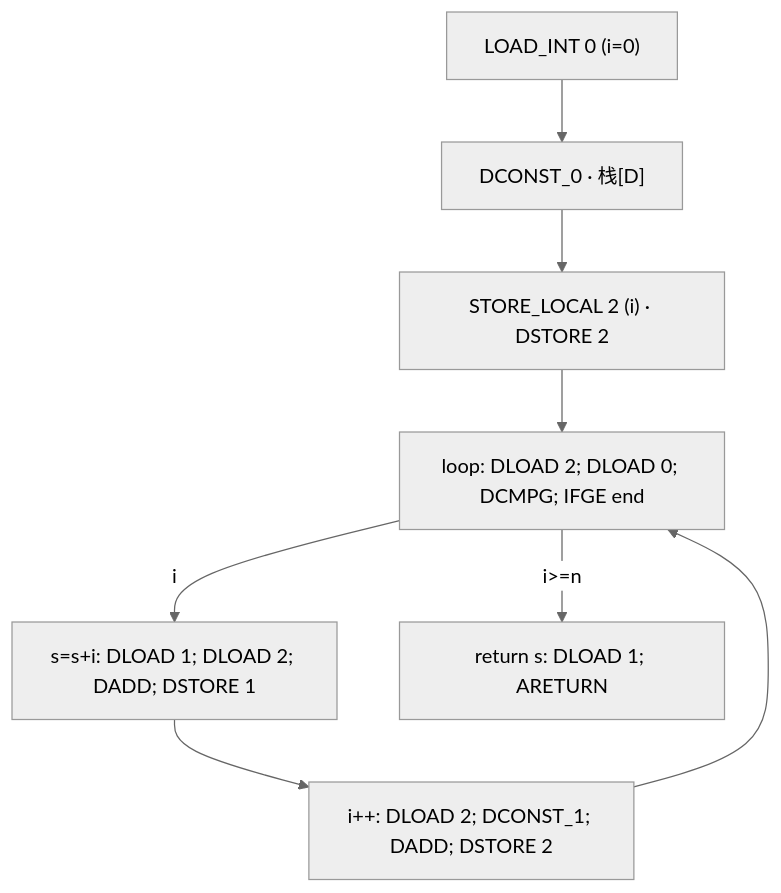
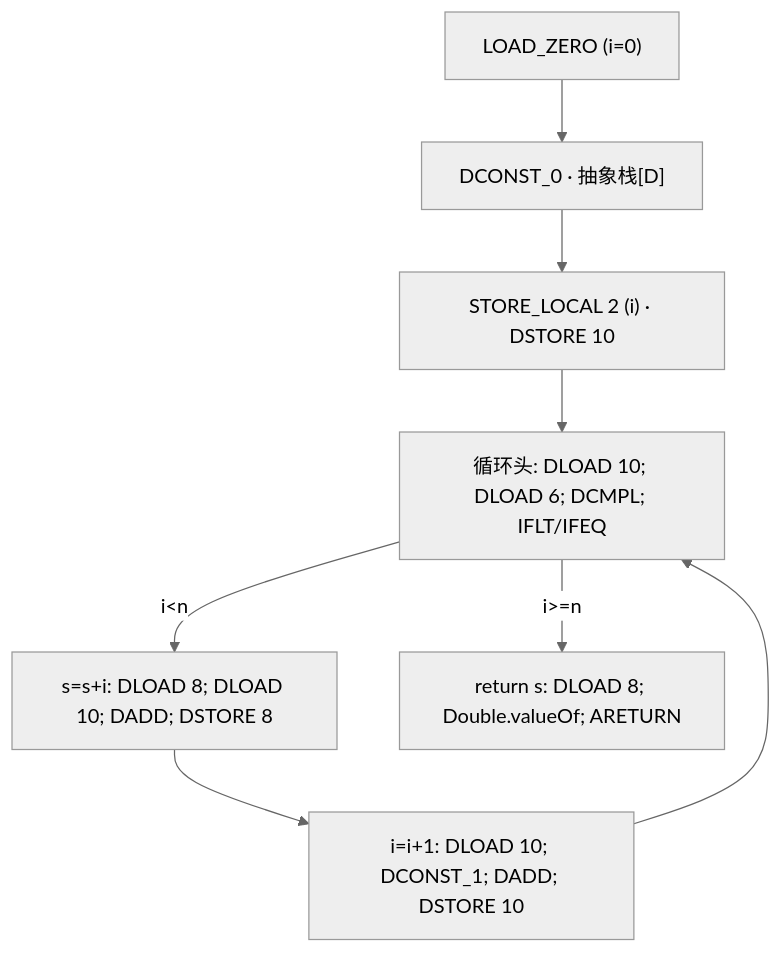
One commit to xiaoxia1992/jsk changed the second of 2 diagrams in docs/08-jit.md. Above: the diagram before and after it, drawn with Mermaid (neutral theme). The commit also changed other lines of this file, not shown here.

Commit message:
docs(jit): 重写 2.4 sum 示例为零基础可读的三层逐行拆解（JVM 指令小词典/槽位从6起/栈演算表），并修正 JVM 槽号、DCMPL、DUP2-POP2、返回值装箱等事实错误

````diff
--- a/docs/08-jit.md
+++ b/docs/08-jit.md
@@ -297,10 +456,10 @@
 ```mermaid
 flowchart TD
-    A["LOAD_INT 0 (i=0)"] --> B["DCONST_0 · 栈[D]"]
-    B --> C["STORE_LOCAL 2 (i) · DSTORE 2"]
-    C --> D["loop: DLOAD 2; DLOAD 0; DCMPG; IFGE end"]
-    D -->|"i<n"| E["s=s+i: DLOAD 1; DLOAD 2; DADD; DSTORE 1"]
-    E --> F["i++: DLOAD 2; DCONST_1; DADD; DSTORE 2"]
+    A["LOAD_ZERO (i=0)"] --> B["DCONST_0 · 抽象栈[D]"]
+    B --> C["STORE_LOCAL 2 (i) · DSTORE 10"]
+    C --> D["循环头: DLOAD 10; DLOAD 6; DCMPL; IFLT/IFEQ"]
+    D -->|"i&lt;n"| E["s=s+i: DLOAD 8; DLOAD 10; DADD; DSTORE 8"]
+    E --> F["i=i+1: DLOAD 10; DCONST_1; DADD; DSTORE 10"]
     F --> D
-    D -->|"i>=n"| G["return s: DLOAD 1; ARETURN"]
+    D -->|"i&gt;=n"| G["return s: DLOAD 8; Double.valueOf; ARETURN"]
 ```
````
